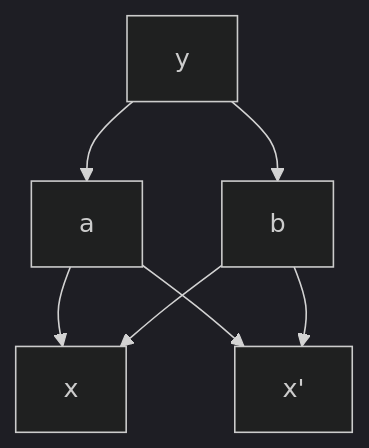
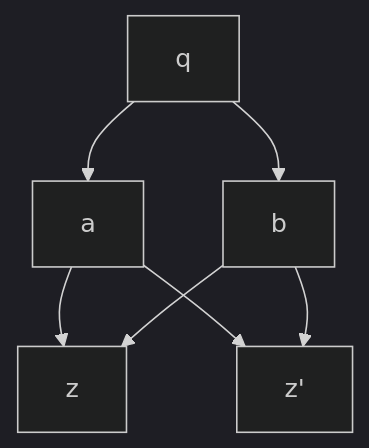
The second of 3 diagrams in src/math-log-questions.md (DubKoldun/notes), drawn with Mermaid (dark theme) before and after one commit. The commit also changed other lines of this file, not shown here.

````diff
--- a/src/math-log-questions.md
+++ b/src/math-log-questions.md
@@ -107,9 +209,9 @@
     ```mermaid
     graph TD;
-    	y -->a
-    	y -->b
-    	a-->x
-    	b-->x
-      a-->x'
-      b-->x'
+    	q -->a
+    	q -->b
+    	a-->z
+    	b-->z
+      a-->z'
+      b-->z'
     ```
````
